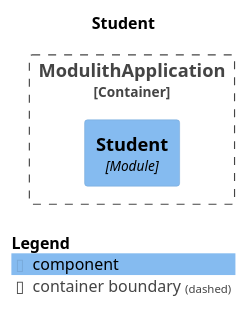
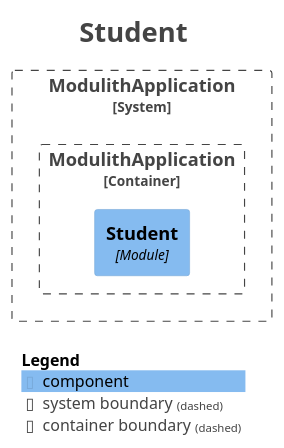
One commit to rashidi/spring-boot-tutorials changed the diagram in modulith/docs/module-student.puml. Above: the diagram before and after it, drawn with PlantUML. The commit also changed 92 other files, not shown here.

```diff
--- a/modulith/docs/module-student.puml
+++ b/modulith/docs/module-student.puml
@@ -1,17 +1,27 @@
 @startuml
+title <size:24>Student</size>
+
 set separator none
-title Student
+top to bottom direction
 
-top to bottom direction
+<style>
+  root {
+    BackgroundColor: #ffffff
+    FontColor: #444444
+  }
+</style>
 
 !include <C4/C4>
 !include <C4/C4_Context>
 !include <C4/C4_Component>
 
-Container_Boundary("ModulithApplication.ModulithApplication_boundary", "ModulithApplication", $tags="") {
-  Component(ModulithApplication.ModulithApplication.Student, "Student", $techn="Module", $descr="", $tags="", $link="")
+System_Boundary("ModulithApplication_boundary", "ModulithApplication", $tags="") {
+  Container_Boundary("ModulithApplication.ModulithApplication_boundary", "ModulithApplication", $tags="") {
+    Component(ModulithApplication.ModulithApplication.Student, "Student", $techn="Module", $descr="", $tags="", $link="")
+  }
+
 }
 
-
 SHOW_LEGEND(true)
+hide stereotypes
 @enduml
```
